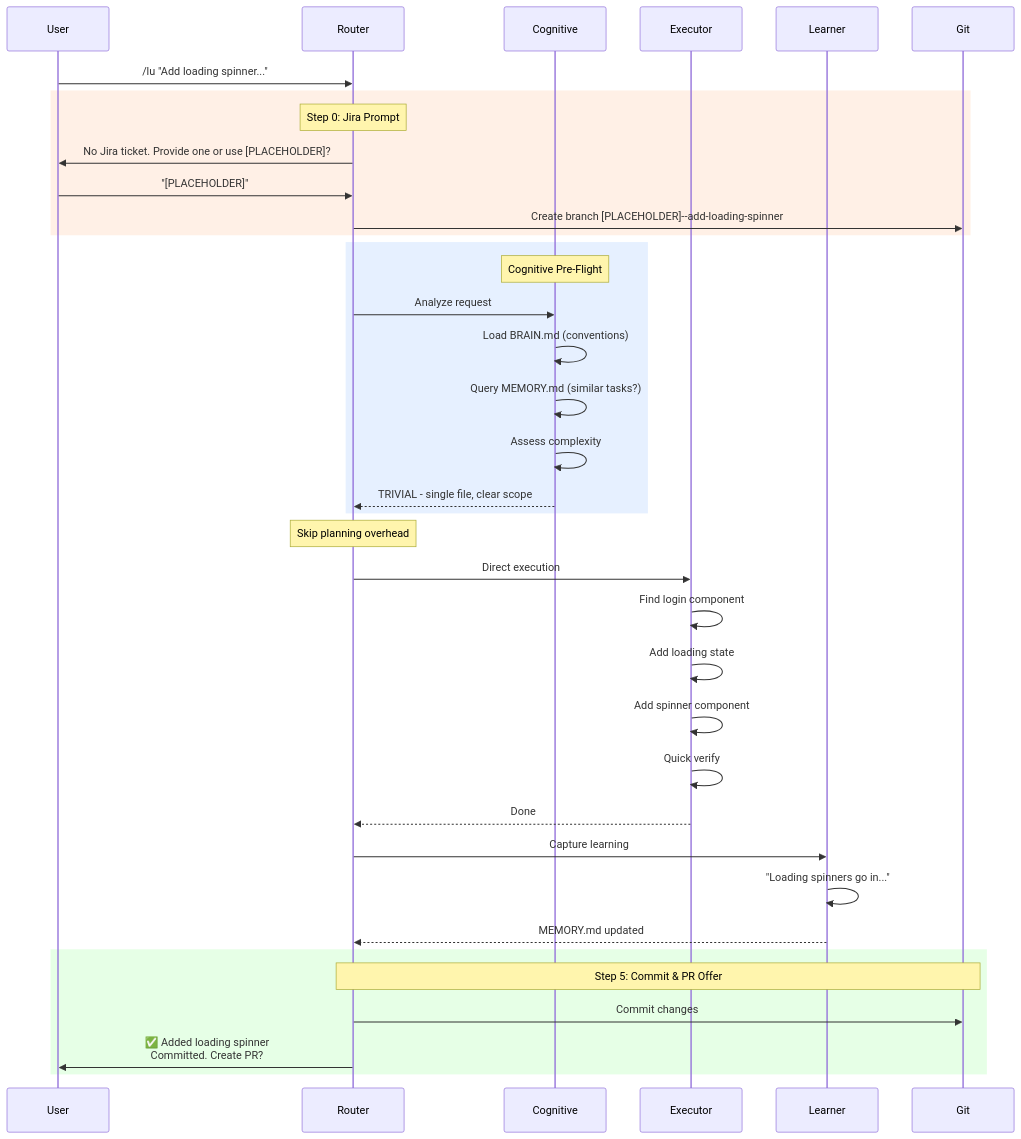
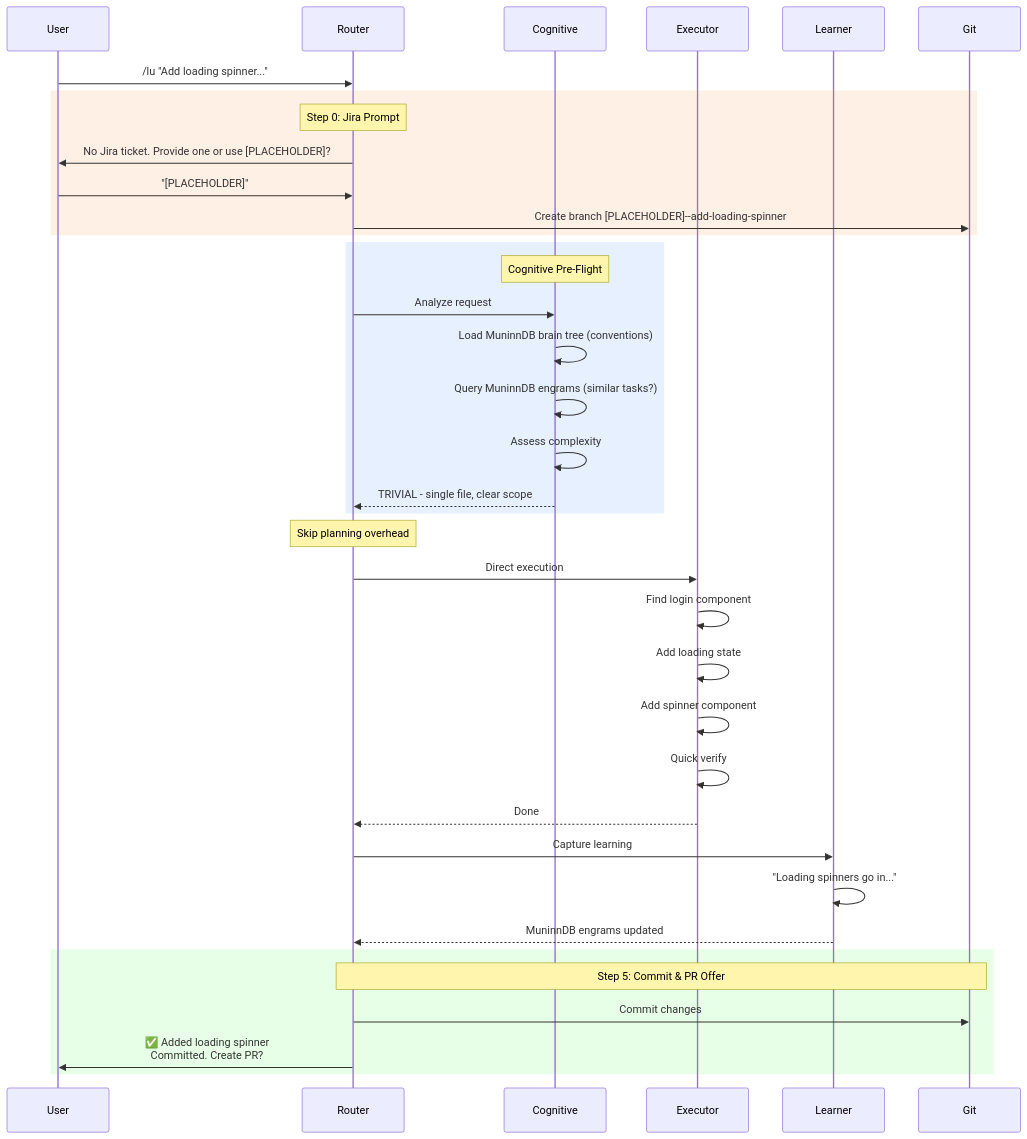
One commit to asibilia/luca-framework changed the seventh of 12 diagrams in docs/agent-framework/luca/end-to-end-workflow.md. Above: the diagram before and after it, drawn with Mermaid. The commit also changed other lines of this file and 820 other files, not shown here.

````diff
--- a/docs/agent-framework/luca/end-to-end-workflow.md
+++ b/docs/agent-framework/luca/end-to-end-workflow.md
@@ -387,46 +387,46 @@
 ```mermaid
 sequenceDiagram
     participant U as User
     participant R as Router
     participant C as Cognitive
     participant E as Executor
     participant L as Learner
     participant G as Git
 
     U->>R: /lu "Add loading spinner..."
 
     rect rgb(255, 240, 230)
         Note over R: Step 0: Jira Prompt
         R->>U: No Jira ticket. Provide one or use [PLACEHOLDER]?
         U->>R: "[PLACEHOLDER]"
         R->>G: Create branch [PLACEHOLDER]--add-loading-spinner
     end
 
     rect rgb(230, 240, 255)
         Note over C: Cognitive Pre-Flight
         R->>C: Analyze request
-        C->>C: Load BRAIN.md (conventions)
-        C->>C: Query MEMORY.md (similar tasks?)
+        C->>C: Load MuninnDB brain tree (conventions)
+        C->>C: Query MuninnDB engrams (similar tasks?)
         C->>C: Assess complexity
         C-->>R: TRIVIAL - single file, clear scope
     end
 
     Note over R: Skip planning overhead
 
     R->>E: Direct execution
     E->>E: Find login component
     E->>E: Add loading state
     E->>E: Add spinner component
     E->>E: Quick verify
     E-->>R: Done
 
     R->>L: Capture learning
     L->>L: "Loading spinners go in..."
-    L-->>R: MEMORY.md updated
+    L-->>R: MuninnDB engrams updated
 
     rect rgb(230, 255, 230)
         Note over R,G: Step 5: Commit & PR Offer
         R->>G: Commit changes
         R->>U: ✅ Added loading spinner<br/>Committed. Create PR?
     end
 ```
````
